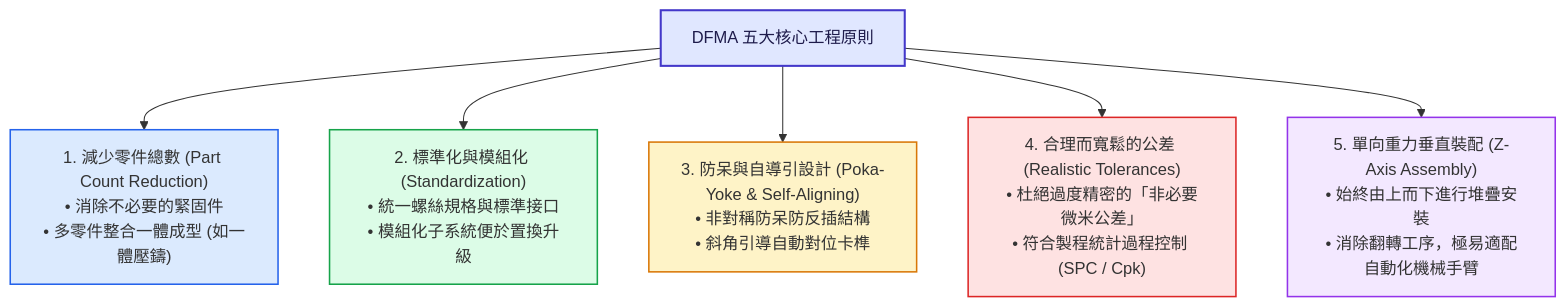
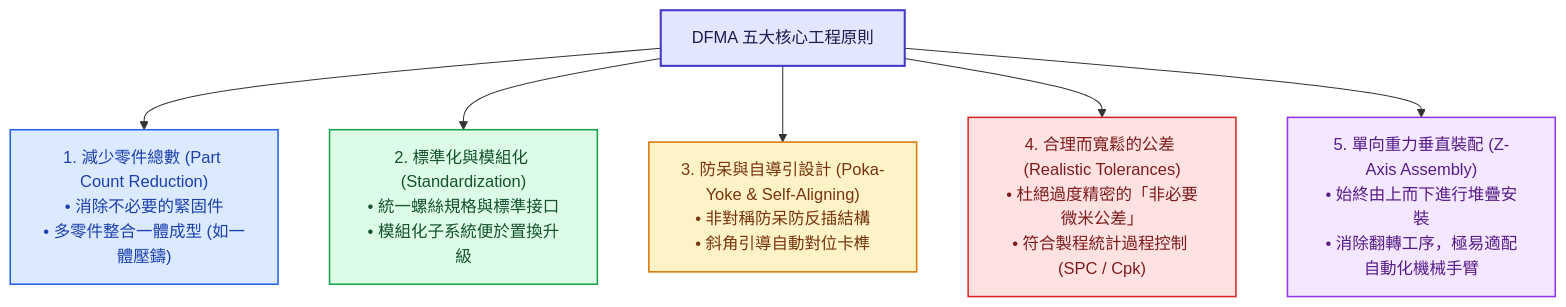
One commit to Jimlin0428/my-digital-garden changed the second of 4 diagrams in src/site/notes/98_商業概念庫/dfm-design-for-manufacturability_可製造性設計.md. Above: the diagram before and after it, drawn with Mermaid. The commit also changed other lines of this file and 99 other files, not shown here.

````diff
--- a/src/site/notes/98_商業概念庫/dfm-design-for-manufacturability_可製造性設計.md
+++ b/src/site/notes/98_商業概念庫/dfm-design-for-manufacturability_可製造性設計.md
@@ -54,23 +54,23 @@
 ```mermaid
 flowchart TD
     Principles["DFMA 五大核心工程原則"]
     
     P1["1. 減少零件總數 (Part Count Reduction)<br>• 消除不必要的緊固件<br>• 多零件整合一體成型 (如一體壓鑄)"]
     P2["2. 標準化與模組化 (Standardization)<br>• 統一螺絲規格與標準接口<br>• 模組化子系統便於置換升級"]
     P3["3. 防呆與自導引設計 (Poka-Yoke & Self-Aligning)<br>• 非對稱防呆防反插結構<br>• 斜角引導自動對位卡榫"]
     P4["4. 合理而寬鬆的公差 (Realistic Tolerances)<br>• 杜絕過度精密的「非必要微米公差」<br>• 符合製程統計過程控制 (SPC / Cpk)"]
     P5["5. 單向重力垂直裝配 (Z-Axis Assembly)<br>• 始終由上而下進行堆疊安裝<br>• 消除翻轉工序，極易適配自動化機械手臂"]
 
     Principles --> P1
     Principles --> P2
     Principles --> P3
     Principles --> P4
     Principles --> P5
 
     style Principles fill:#e0e7ff,stroke:#4338ca,stroke-width:2px,color:#1e1b4b
-    style P1 fill:#dbeafe,stroke:#2563eb,stroke-width:1.5px
-    style P2 fill:#dcfce7,stroke:#16a34a,stroke-width:1.5px
-    style P3 fill:#fef3c7,stroke:#d97706,stroke-width:1.5px
-    style P4 fill:#fee2e2,stroke:#dc2626,stroke-width:1.5px
-    style P5 fill:#f3e8ff,stroke:#9333ea,stroke-width:1.5px
+    style P1 fill:#dbeafe,stroke:#2563eb,stroke-width:1.5px,color:#1e40af
+    style P2 fill:#dcfce7,stroke:#16a34a,stroke-width:1.5px,color:#14532d
+    style P3 fill:#fef3c7,stroke:#d97706,stroke-width:1.5px,color:#78350f
+    style P4 fill:#fee2e2,stroke:#dc2626,stroke-width:1.5px,color:#7f1d1d
+    style P5 fill:#f3e8ff,stroke:#9333ea,stroke-width:1.5px,color:#581c87
 ```
````
